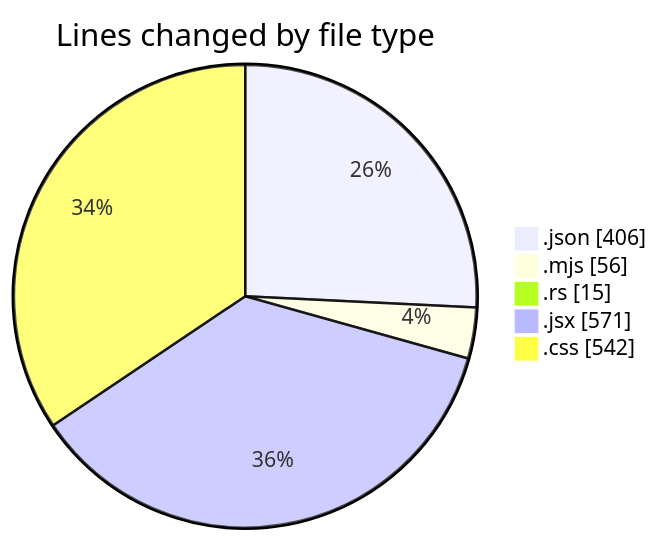
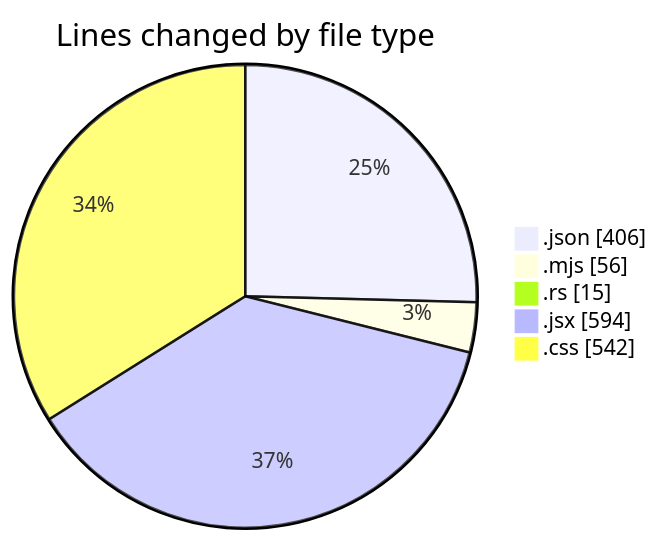
Before and after one commit to charlie-sans/code-tracking: the first of 2 diagrams in 2025-01-28/trollerboard/README.md, drawn with Mermaid. The commit also changed other lines of this file and 1 other file, not shown here.

````diff
--- a/2025-01-28/trollerboard/README.md
+++ b/2025-01-28/trollerboard/README.md
@@ -25,9 +25,9 @@
 ```mermaid
 pie showData
 title Lines changed by file type
 ".json" : 406
 ".mjs" : 56
 ".rs" : 15
-".jsx" : 571
+".jsx" : 594
 ".css" : 542
 ```
````
